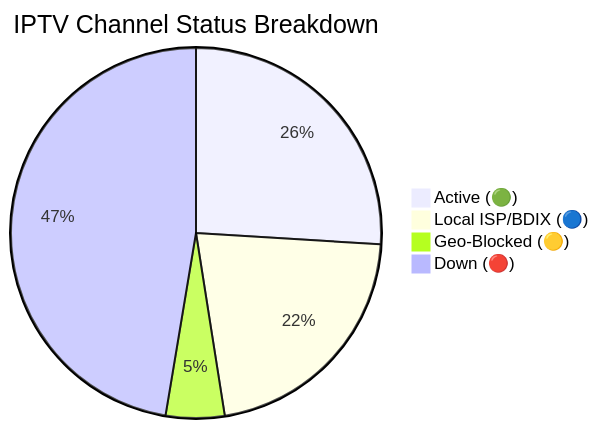
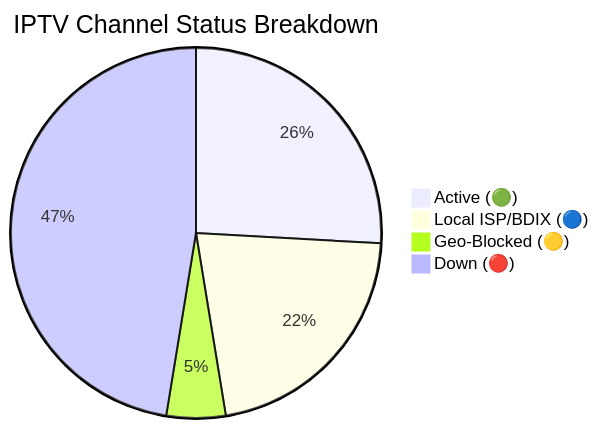
Before and after one commit to Zaman-Topu/Ip-tv-Collection: the diagram in README.md, drawn with Mermaid. The commit also changed other lines of this file and 6 other files, not shown here.

````diff
--- a/README.md
+++ b/README.md
@@ -118,7 +118,7 @@
 ```mermaid
 pie title IPTV Channel Status Breakdown
-    "Active (🟢)" : 10817
-    "Local ISP/BDIX (🔵)" : 8969
-    "Geo-Blocked (🟡)" : 2134
-    "Down (🔴)" : 19725
+    "Active (🟢)" : 10785
+    "Local ISP/BDIX (🔵)" : 8970
+    "Geo-Blocked (🟡)" : 2149
+    "Down (🔴)" : 19758
 ```
````
